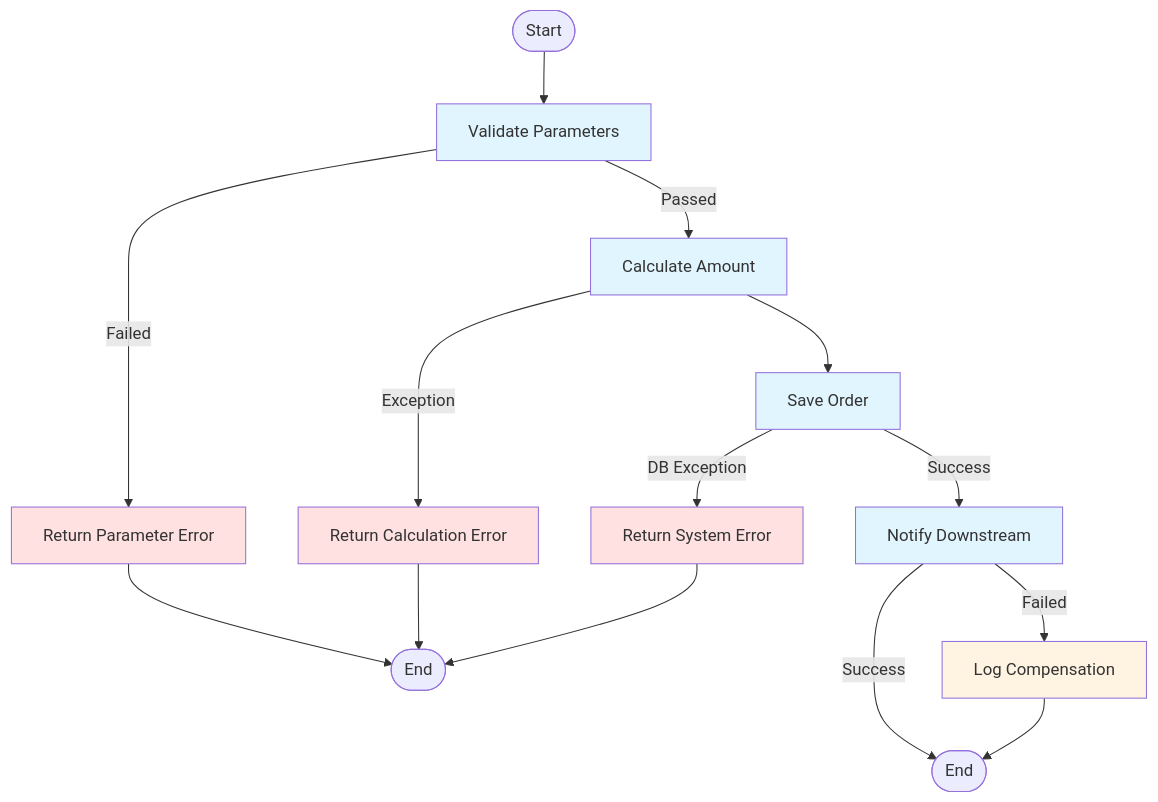
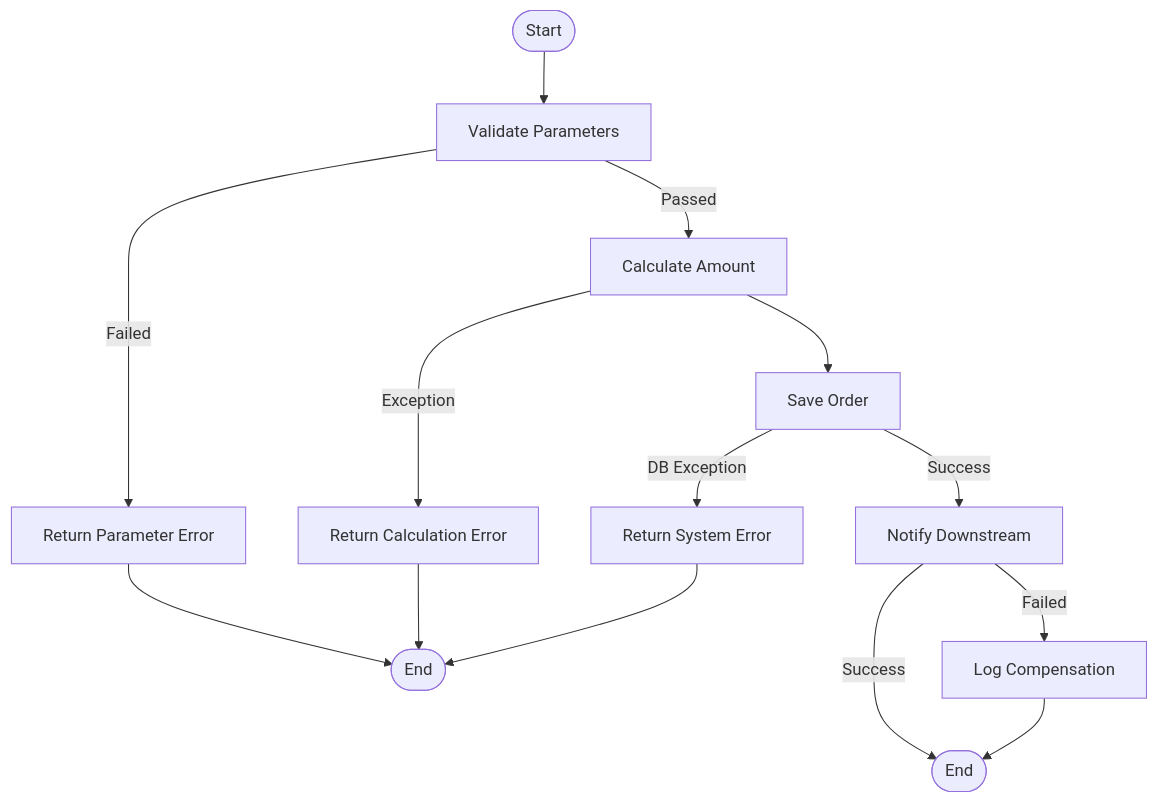
Before and after one commit to charlesmu99/speccrew: the fifth of 5 diagrams in .speccrew/skills/speccrew-knowledge-module-analyze/templates/MODULE-OVERVIEW-TEMPLATE.md, drawn with Mermaid. The commit also changed other lines of this file and 9 other files, not shown here.

First line of the commit message:
feat(knowledge-skills): enhance documentation templates with source traceability and Mermaid compatibility

````diff
--- a/.speccrew/skills/speccrew-knowledge-module-analyze/templates/MODULE-OVERVIEW-TEMPLATE.md
+++ b/.speccrew/skills/speccrew-knowledge-module-analyze/templates/MODULE-OVERVIEW-TEMPLATE.md
@@ -251,29 +252,20 @@
 ```mermaid
 flowchart TD
     Start([Start]) --> Validate[Validate Parameters]
     
     Validate -->|Passed| Calculate[Calculate Amount]
     Validate -->|Failed| ValError[Return Parameter Error]
     ValError --> End1([End])
     
     Calculate --> Save[Save Order]
     Calculate -->|Exception| CalError[Return Calculation Error]
     CalError --> End1
     
     Save -->|Success| Notify[Notify Downstream]
     Save -->|DB Exception| SaveError[Return System Error]
     SaveError --> End1
     
     Notify -->|Success| End2([End])
     Notify -->|Failed| LogError[Log Compensation]
     LogError --> End2
-    
-    style Validate fill:#e1f5ff
-    style Calculate fill:#e1f5ff
-    style Save fill:#e1f5ff
-    style Notify fill:#e1f5ff
-    style ValError fill:#ffe1e1
-    style CalError fill:#ffe1e1
-    style SaveError fill:#ffe1e1
-    style LogError fill:#fff4e1
 ```
````
